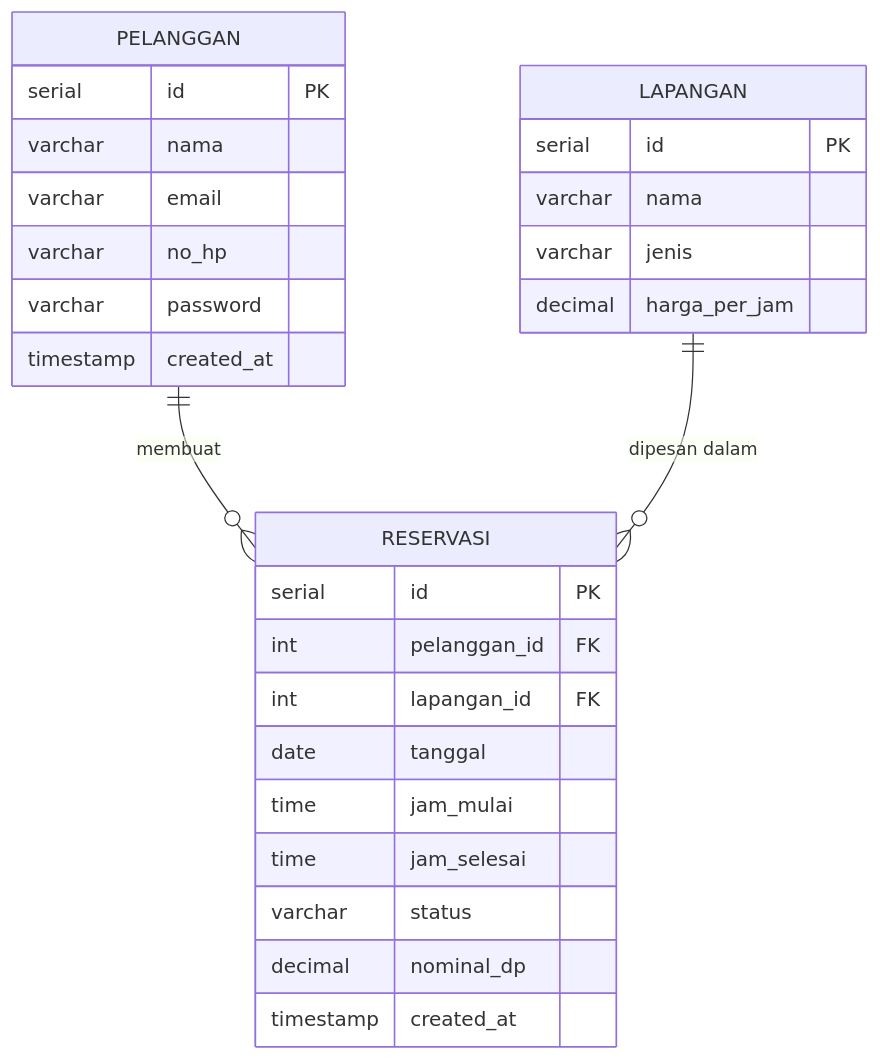
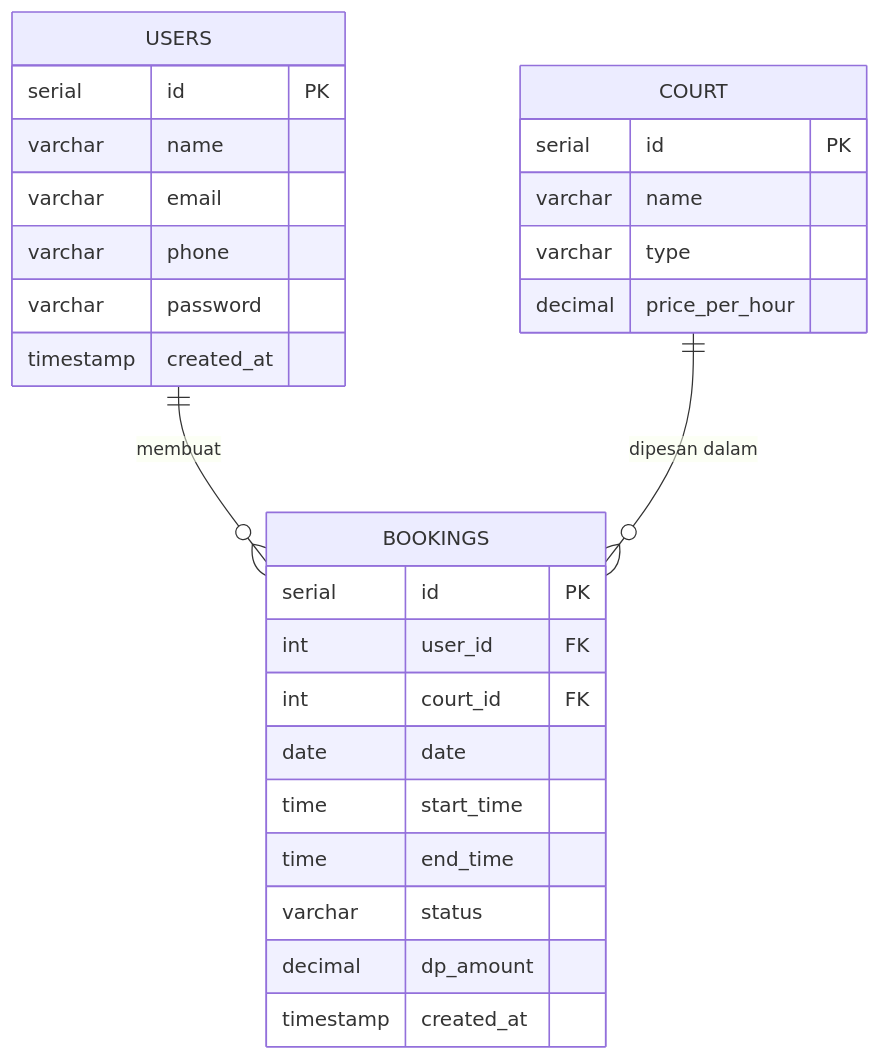
Before and after one commit to sryxx16/FUTSAL-BNSP: the diagram in dokumen_bnsp/02_ERD_dan_SQL_Script.md, drawn with Mermaid. The commit also changed other lines of this file and 3 other files, not shown here.

Commit message:
Refactor: Ubah seluruh schema database ke Bahasa Inggris

````diff
--- a/dokumen_bnsp/02_ERD_dan_SQL_Script.md
+++ b/dokumen_bnsp/02_ERD_dan_SQL_Script.md
@@ -16,33 +16,33 @@
 ```mermaid
 erDiagram
-    PELANGGAN ||--o{ RESERVASI : "membuat"
-    LAPANGAN ||--o{ RESERVASI : "dipesan dalam"
+    USERS ||--o{ BOOKINGS : "membuat"
+    COURT ||--o{ BOOKINGS : "dipesan dalam"
 
-    PELANGGAN {
+    USERS {
         serial id PK
-        varchar nama
+        varchar name
         varchar email
-        varchar no_hp
+        varchar phone
         varchar password
         timestamp created_at
     }
 
-    LAPANGAN {
+    COURT {
         serial id PK
-        varchar nama
-        varchar jenis
-        decimal harga_per_jam
+        varchar name
+        varchar type
+        decimal price_per_hour
     }
 
-    RESERVASI {
+    BOOKINGS {
         serial id PK
-        int pelanggan_id FK
-        int lapangan_id FK
-        date tanggal
-        time jam_mulai
-        time jam_selesai
+        int user_id FK
+        int court_id FK
+        date date
+        time start_time
+        time end_time
         varchar status
-        decimal nominal_dp
+        decimal dp_amount
         timestamp created_at
     }
 ```
````
